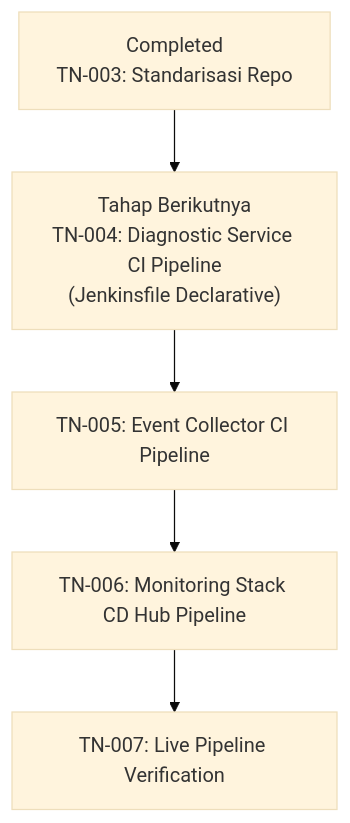
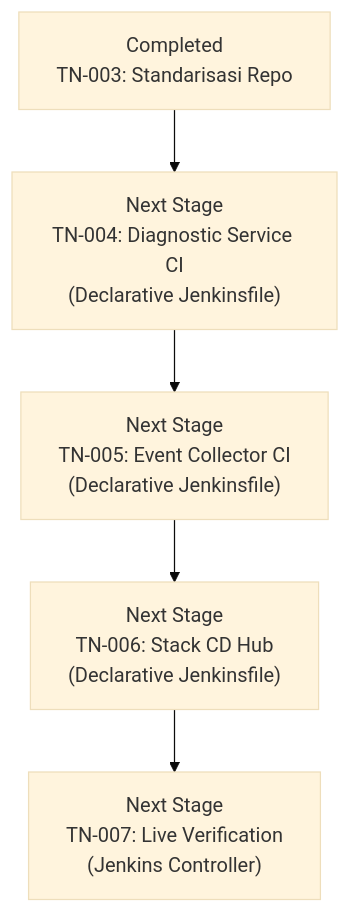
Before and after one commit to edkas07-oss/devops-handbook: the second of 2 diagrams in docs/projects/tomcat-monitoring/engineering-journal/continuous-integration-and-deployment/TN-003-standardize-repositories-for-production-plug-and-play-readiness.md, drawn with Mermaid (base theme). The commit also changed other lines of this file and 5 other files, not shown here.

Commit message:
docs(journal): polish mermaid box labels, headings, and roadmap numbering in ci-cd journals

````diff
--- a/docs/projects/tomcat-monitoring/engineering-journal/continuous-integration-and-deployment/TN-003-standardize-repositories-for-production-plug-and-play-readiness.md
+++ b/docs/projects/tomcat-monitoring/engineering-journal/continuous-integration-and-deployment/TN-003-standardize-repositories-for-production-plug-and-play-readiness.md
@@ -294,7 +294,7 @@
 ```mermaid
 flowchart TD
-    A["Completed<br/>TN-003: Standarisasi Repo"] --> B["Tahap Berikutnya<br/>TN-004: Diagnostic Service CI Pipeline<br/>(Jenkinsfile Declarative)"]
-    B --> C["TN-005: Event Collector CI Pipeline"]
-    C --> D["TN-006: Monitoring Stack CD Hub Pipeline"]
-    D --> E["TN-007: Live Pipeline Verification"]
+    A["Completed<br/>TN-003: Standarisasi Repo"] --> B["Next Stage<br/>TN-004: Diagnostic Service CI<br/>(Declarative Jenkinsfile)"]
+    B --> C["Next Stage<br/>TN-005: Event Collector CI<br/>(Declarative Jenkinsfile)"]
+    C --> D["Next Stage<br/>TN-006: Stack CD Hub<br/>(Declarative Jenkinsfile)"]
+    D --> E["Next Stage<br/>TN-007: Live Verification<br/>(Jenkins Controller)"]
 ```
````
